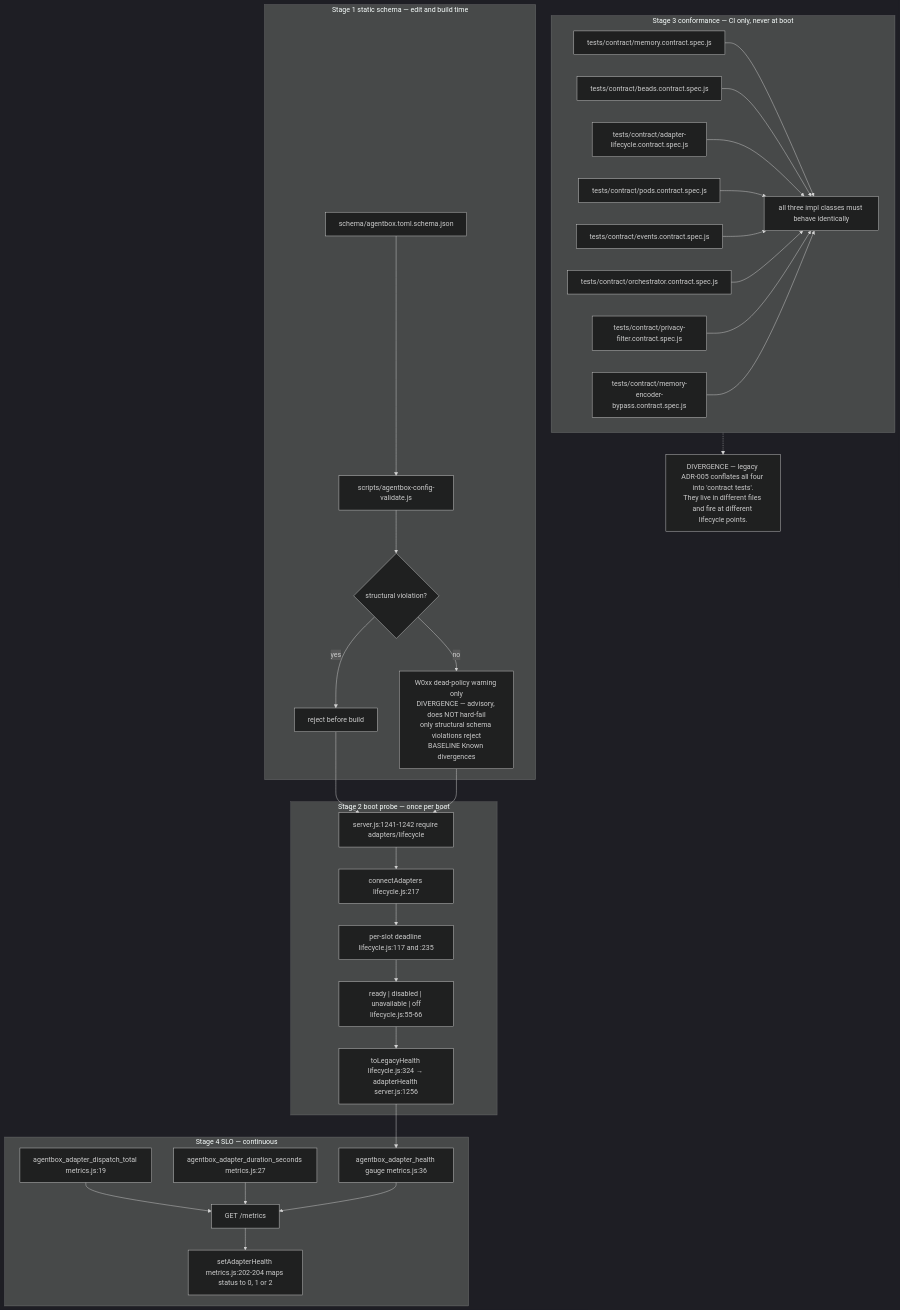
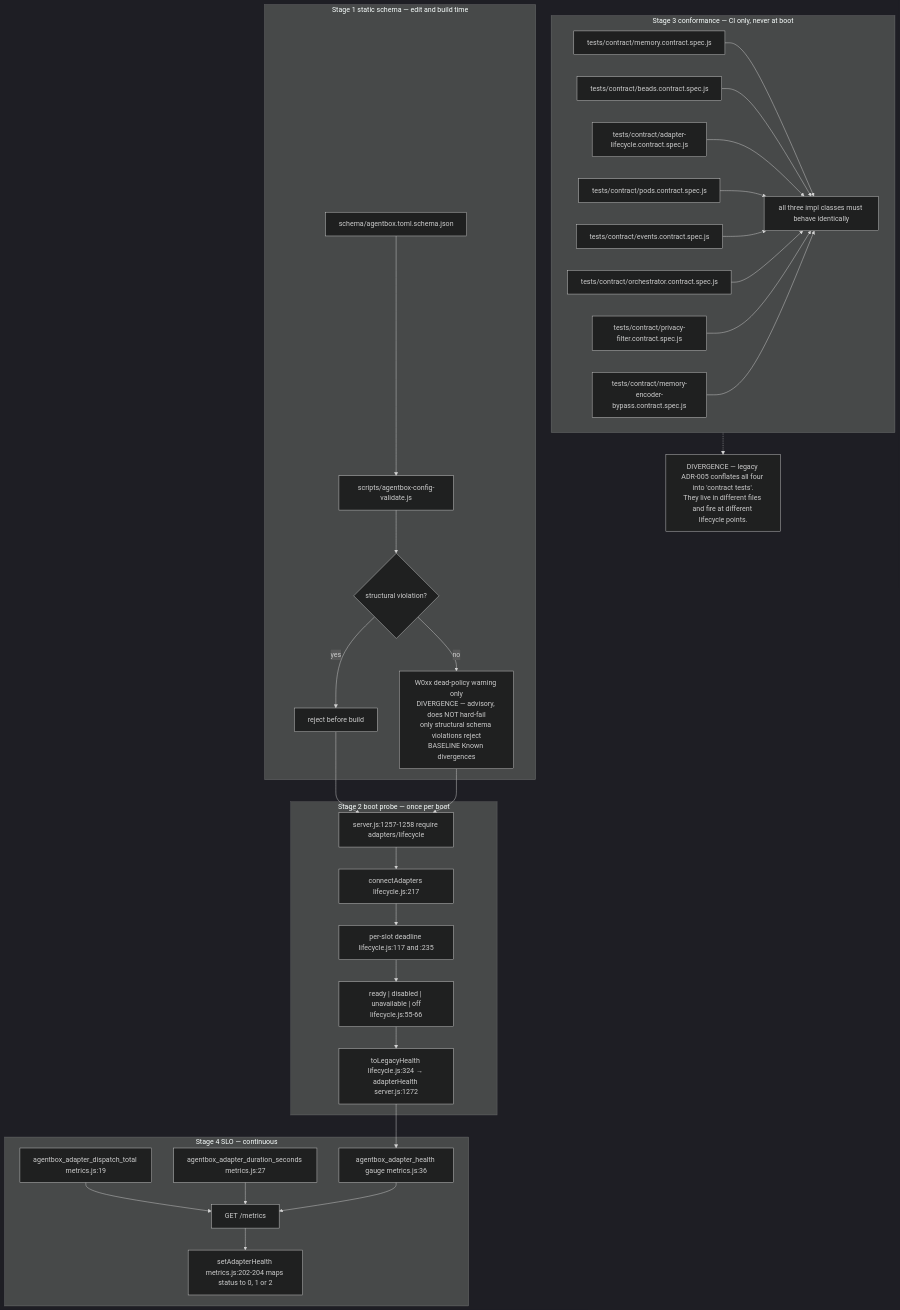
One commit to DreamLab-AI/AR-AI-Knowledge-Graph changed diagram 15 of 16 in docs/diagrams/agentbox/04-adapter-spine.md. Above: the diagram before and after it, drawn with Mermaid (dark theme). The commit also changed other lines of this file and 73 other files, not shown here.

First line of the commit message:
docs(diagrams): re-verify all 71 topic files against HEAD; add --cite-check

````diff
--- a/docs/diagrams/agentbox/04-adapter-spine.md
+++ b/docs/diagrams/agentbox/04-adapter-spine.md
@@ -576,35 +583,35 @@
 ```mermaid
 flowchart TD
     subgraph S1["Stage 1 static schema — edit and build time"]
         A1["schema/agentbox.toml.schema.json"] --> A2["scripts/agentbox-config-validate.js"]
         A2 --> A3{"structural violation?"}
         A3 -->|yes| A4["reject before build"]
         A3 -->|"no"| A5["W0xx dead-policy warning only<br/>DIVERGENCE — advisory, does NOT hard-fail<br/>only structural schema violations reject<br/>BASELINE Known divergences"]
     end
     subgraph S2["Stage 2 boot probe — once per boot"]
-        B1["server.js:1241-1242 require adapters/lifecycle"] --> B2["connectAdapters lifecycle.js:217"]
+        B1["server.js:1257-1258 require adapters/lifecycle"] --> B2["connectAdapters lifecycle.js:217"]
         B2 --> B3["per-slot deadline lifecycle.js:117 and :235"]
         B3 --> B4["ready | disabled | unavailable | off<br/>lifecycle.js:55-66"]
-        B4 --> B5["toLegacyHealth lifecycle.js:324 → adapterHealth server.js:1256"]
+        B4 --> B5["toLegacyHealth lifecycle.js:324 → adapterHealth server.js:1272"]
     end
     subgraph S3["Stage 3 conformance — CI only, never at boot"]
         C1["tests/contract/memory.contract.spec.js"] --> C4["all three impl classes must behave identically"]
         C2["tests/contract/beads.contract.spec.js"] --> C4
         C3["tests/contract/adapter-lifecycle.contract.spec.js"] --> C4
         C5["tests/contract/pods.contract.spec.js"] --> C4
         C6["tests/contract/events.contract.spec.js"] --> C4
         C7["tests/contract/orchestrator.contract.spec.js"] --> C4
         C8["tests/contract/privacy-filter.contract.spec.js"] --> C4
         C9["tests/contract/memory-encoder-bypass.contract.spec.js"] --> C4
     end
     subgraph S4["Stage 4 SLO — continuous"]
         D1["agentbox_adapter_dispatch_total metrics.js:19"] --> D4["GET /metrics"]
         D2["agentbox_adapter_duration_seconds metrics.js:27"] --> D4
         D3["agentbox_adapter_health gauge metrics.js:36"] --> D4
         D4 --> D5["setAdapterHealth metrics.js:202-204 maps status to 0, 1 or 2"]
     end
     A4 --> B1
     A5 --> B1
     B5 --> D3
     S3 -.-> NOTE["DIVERGENCE — legacy ADR-005 conflates all four into 'contract tests'.<br/>They live in different files and fire at different lifecycle points."]
 ```
````
